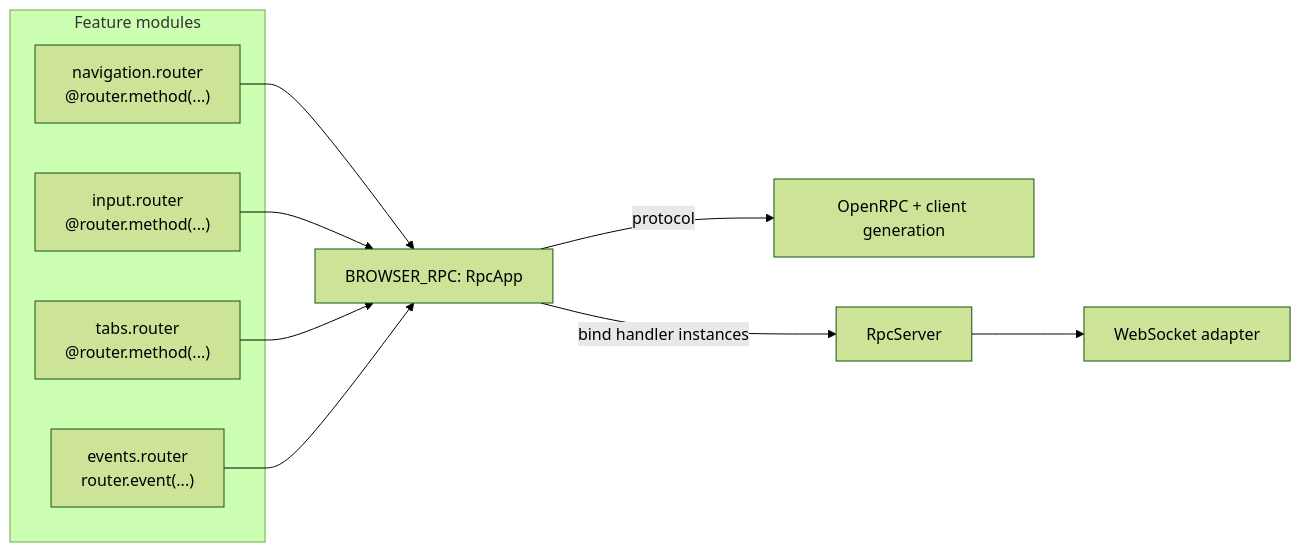
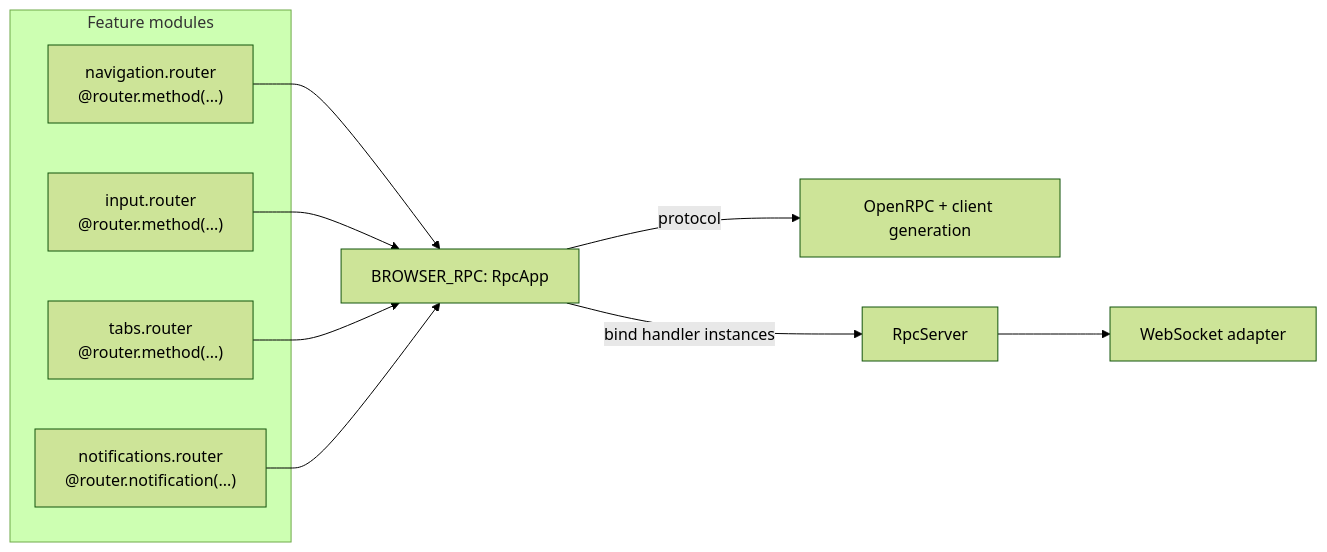
One commit to mathisarends/pyrpckit changed the first of 2 diagrams in SPEC.md. Above: the diagram before and after it, drawn with Mermaid (forest theme). The commit also changed other lines of this file and 38 other files, not shown here.

````diff
--- a/SPEC.md
+++ b/SPEC.md
@@ -124,16 +124,16 @@
 ```mermaid
 flowchart LR
     subgraph Feature modules
         N["navigation.router<br/>@router.method(...)"]
         I["input.router<br/>@router.method(...)"]
         T["tabs.router<br/>@router.method(...)"]
-        E["events.router<br/>router.event(...)"]
+        E["notifications.router<br/>@router.notification(...)"]
     end
     N --> A["BROWSER_RPC: RpcApp"]
     I --> A
     T --> A
     E --> A
     A -->|protocol| O["OpenRPC + client generation"]
     A -->|bind handler instances| S["RpcServer"]
     S --> W["WebSocket adapter"]
 ```
````
